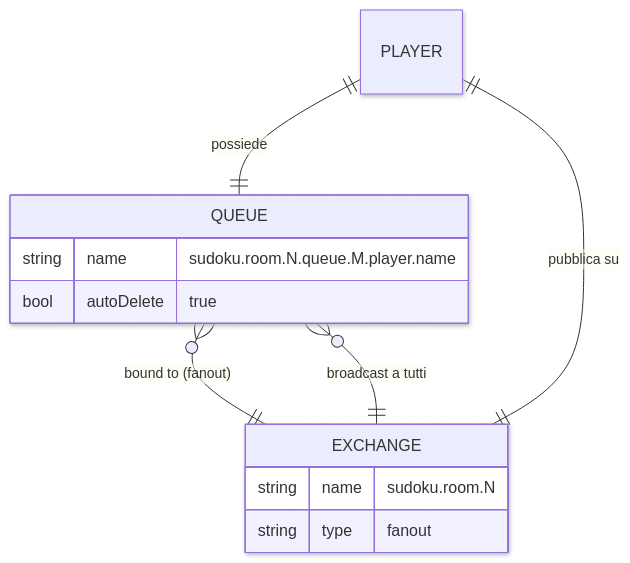
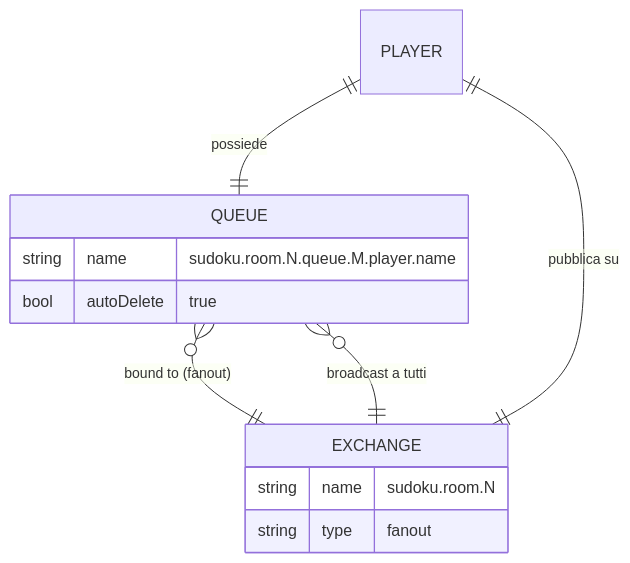
Before and after one commit to JBmanu/PCD-03: the first of 7 diagrams in part2A-sudoku-mom/doc/report.md, drawn with Mermaid. The commit also changed other lines of this file and 3 other files, not shown here.

Commit message:
feat: remove config in diagrams

````diff
--- a/part2A-sudoku-mom/doc/report.md
+++ b/part2A-sudoku-mom/doc/report.md
@@ -42,22 +42,17 @@
 ```mermaid
----
-config:
-  theme: default
-  layout: dagre
-  look: neo
----
+
 erDiagram
     PLAYER ||--|| QUEUE : "possiede"
     QUEUE }o--|| EXCHANGE : "bound to (fanout)"
     EXCHANGE ||--o{ QUEUE : "broadcast a tutti"
     PLAYER ||--|| EXCHANGE : "pubblica su"
 
     EXCHANGE {
         string name "sudoku.room.N"
         string type "fanout"
     }
     QUEUE {
         string name "sudoku.room.N.queue.M.player.name"
         bool autoDelete "true"
     }
 ```
````
